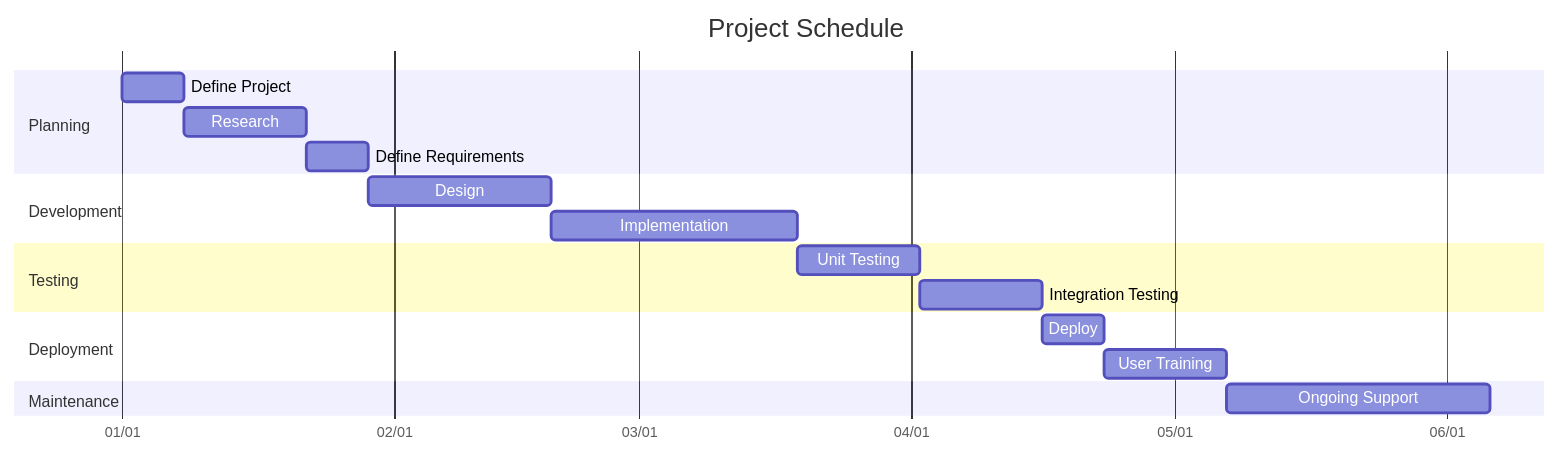
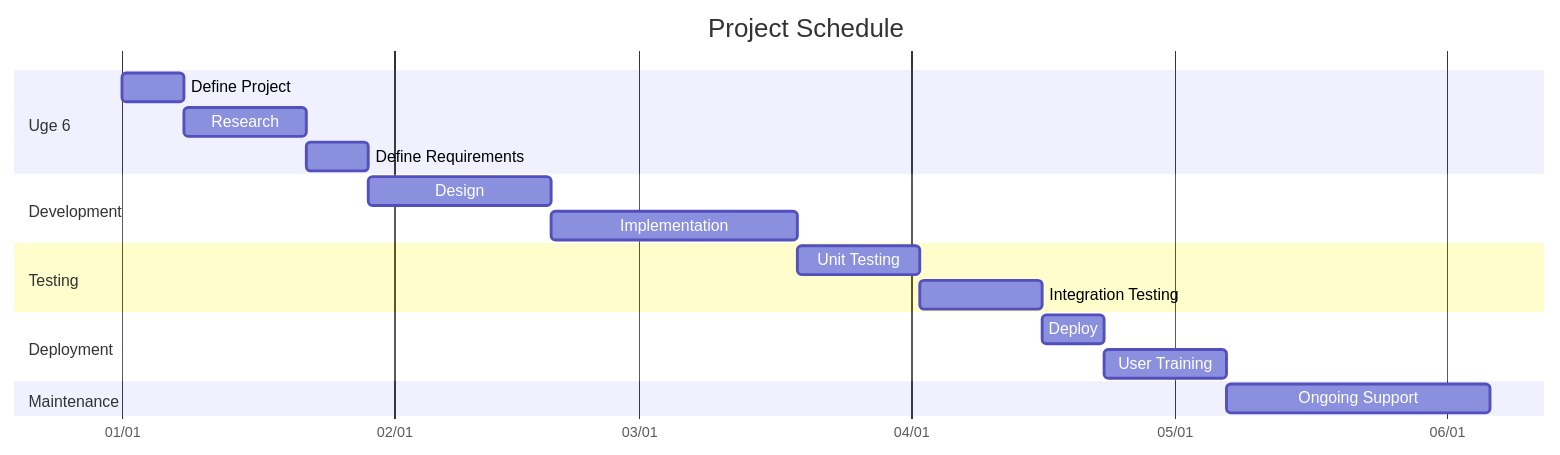
One commit to Napow-git/TEC-P1 changed the diagram in README.md. Above: the diagram before and after it, drawn with Mermaid.

````diff
--- a/README.md
+++ b/README.md
@@ -3,51 +3,51 @@
 ```mermaid
 
 gantt
 
     title Project Schedule
 
-    dateFormat YYYY-MM-DD
+    dateFormat DD-MM-YYYY
 
     axisFormat %m/%d
 
  
 
-    section Planning
+    section Uge 6
 
     Define Project : 2023-01-01, 7d
 
     Research : 2023-01-08, 14d
 
     Define Requirements : 2023-01-22, 7d
 
  
 
     section Development
 
     Design : 2023-01-29, 21d
 
     Implementation : 2023-02-19, 28d
 
  
 
     section Testing
 
     Unit Testing : 2023-03-19, 14d
 
     Integration Testing : 2023-04-02, 14d
 
  
 
     section Deployment
 
     Deploy : 2023-04-16, 7d
 
     User Training : 2023-04-23, 14d
 
  
 
     section Maintenance
 
     Ongoing Support : 2023-05-07, 30d
 
 ```
````
